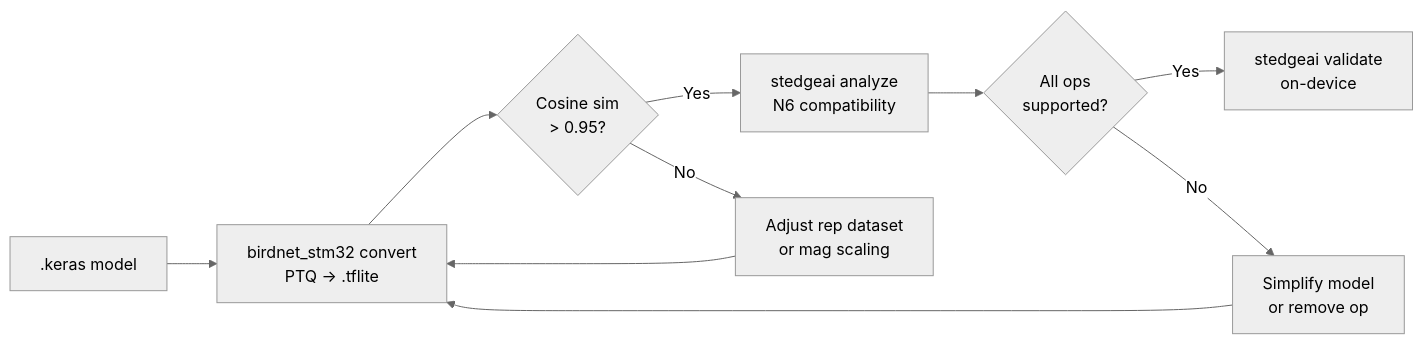
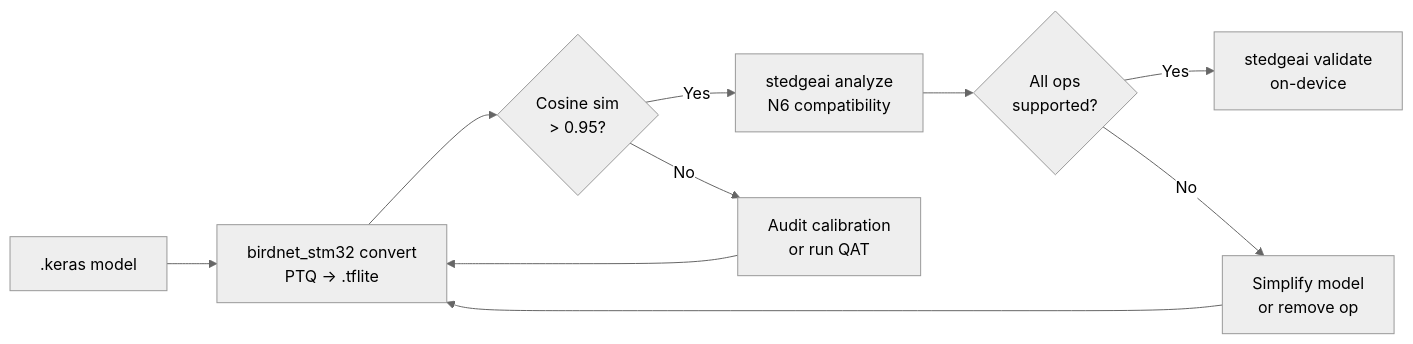
The diagram in docs/dev/quantization.md (birdnet-team/birdnet-stm32), drawn with Mermaid (neutral theme) before and after one commit. The commit also changed other lines of this file and 13 other files, not shown here.

````diff
--- a/docs/dev/quantization.md
+++ b/docs/dev/quantization.md
@@ -78,12 +82,12 @@
 ```mermaid
 flowchart LR
     A[".keras model"] --> B["birdnet_stm32 convert\nPTQ → .tflite"]
     B --> C{"Cosine sim\n> 0.95?"}
     C -->|Yes| D["stedgeai analyze\nN6 compatibility"]
-    C -->|No| E["Adjust rep dataset\nor mag scaling"]
+    C -->|No| E["Audit calibration\nor run QAT"]
     E --> B
     D --> F{"All ops\nsupported?"}
     F -->|Yes| G["stedgeai validate\non-device"]
     F -->|No| H["Simplify model\nor remove op"]
     H --> B
 ```
````
